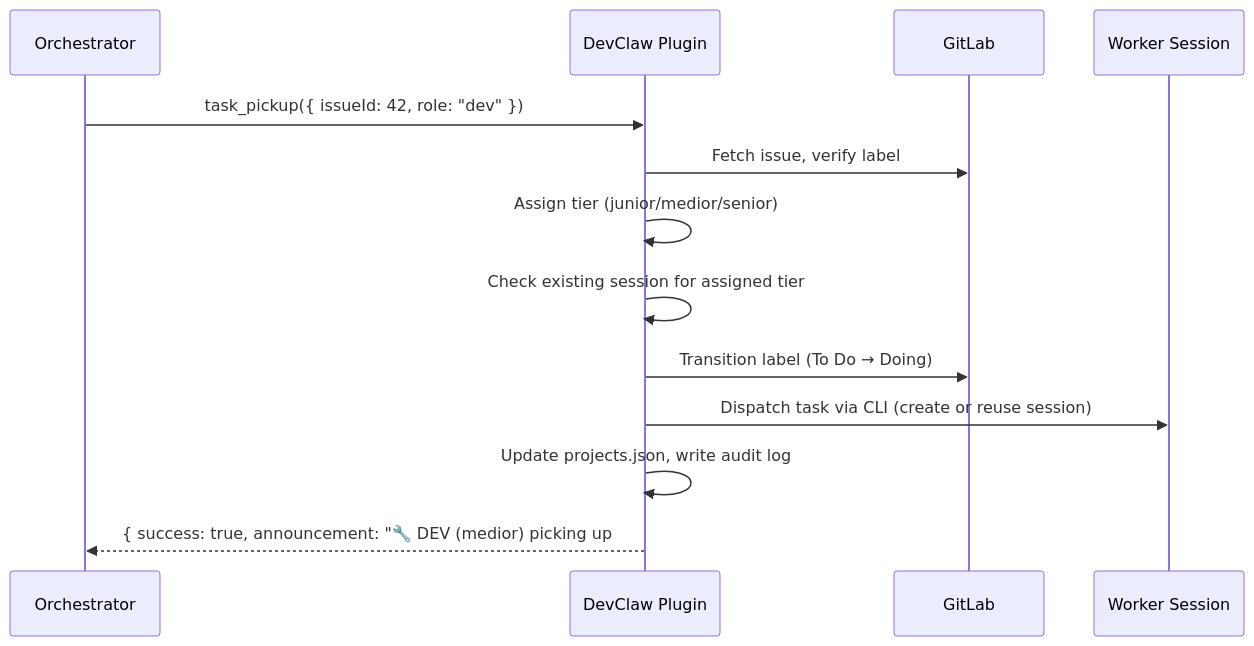
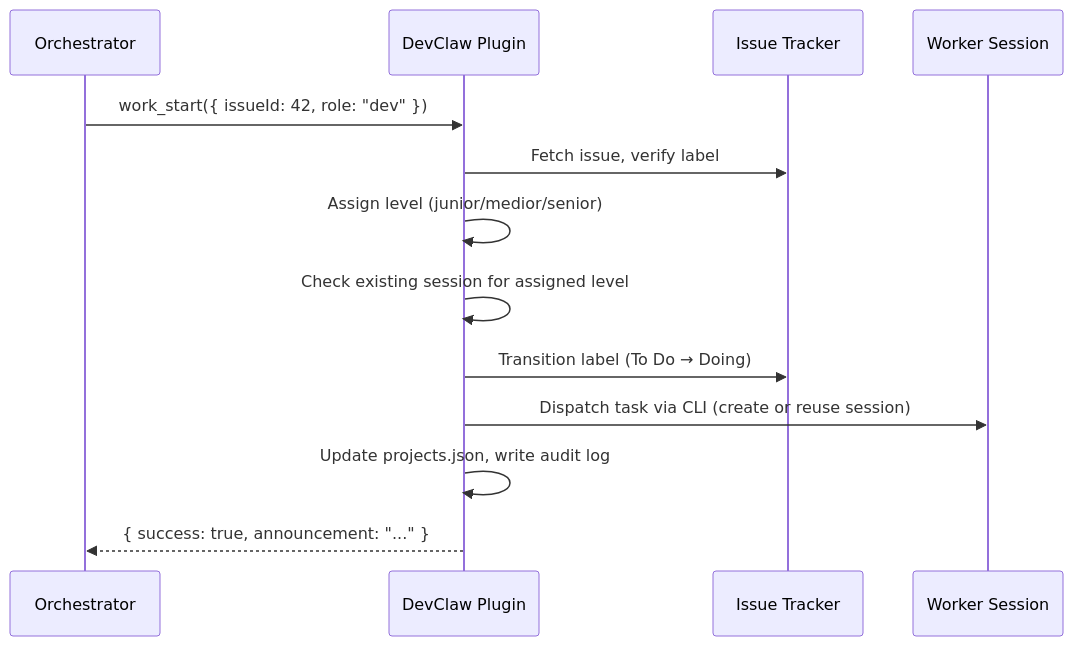
Before and after one commit to StrongheartedX/devclaw: the third of 3 diagrams in README.md, drawn with Mermaid. The commit also changed other lines of this file and 10 other files, not shown here.

````diff
--- a/README.md
+++ b/README.md
@@ -135,16 +264,16 @@
 ```mermaid
 sequenceDiagram
     participant O as Orchestrator
     participant DC as DevClaw Plugin
-    participant GL as GitLab
+    participant IT as Issue Tracker
     participant S as Worker Session
 
-    O->>DC: task_pickup({ issueId: 42, role: "dev" })
-    DC->>GL: Fetch issue, verify label
-    DC->>DC: Assign tier (junior/medior/senior)
-    DC->>DC: Check existing session for assigned tier
-    DC->>GL: Transition label (To Do → Doing)
+    O->>DC: work_start({ issueId: 42, role: "dev" })
+    DC->>IT: Fetch issue, verify label
+    DC->>DC: Assign level (junior/medior/senior)
+    DC->>DC: Check existing session for assigned level
+    DC->>IT: Transition label (To Do → Doing)
     DC->>S: Dispatch task via CLI (create or reuse session)
     DC->>DC: Update projects.json, write audit log
-    DC-->>O: { success: true, announcement: "🔧 DEV (medior) picking up #42" }
+    DC-->>O: { success: true, announcement: "..." }
 ```
````
